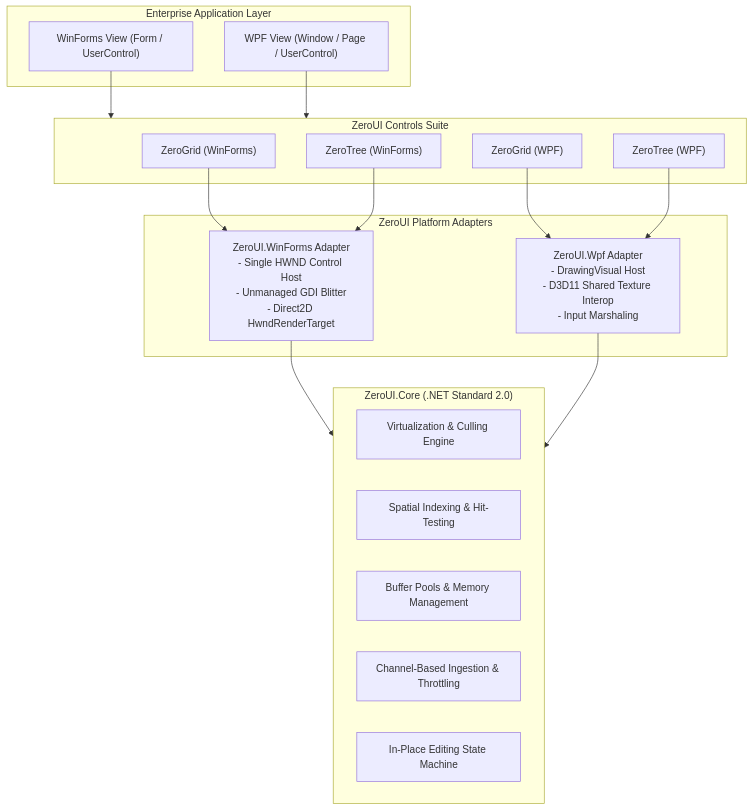
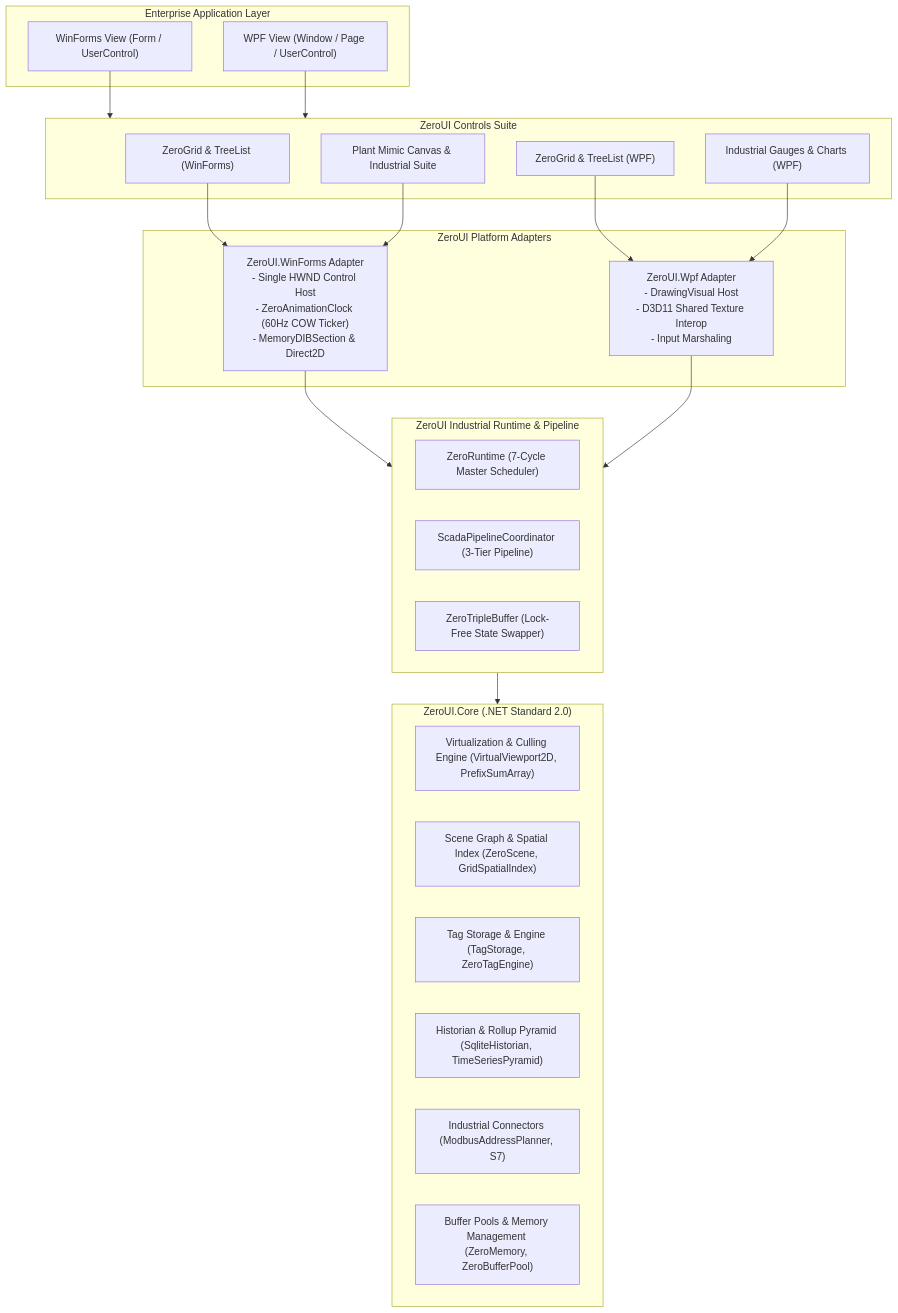
One commit to kzxl/ZeroUI changed the first of 2 diagrams in docs/architecture/system-architecture.md. Above: the diagram before and after it, drawn with Mermaid. The commit also changed other lines of this file and 5 other files, not shown here.

Commit message:
docs: align architecture, threading model, and standards with Directives 1-27

````diff
--- a/docs/architecture/system-architecture.md
+++ b/docs/architecture/system-architecture.md
@@ -7,36 +7,44 @@
 ```mermaid
 graph TD
     subgraph ClientApp["Enterprise Application Layer"]
         AppWinForms["WinForms View (Form / UserControl)"]
         AppWPF["WPF View (Window / Page / UserControl)"]
     end
 
     subgraph ControlsLayer["ZeroUI Controls Suite"]
-        ZG_WF["ZeroGrid (WinForms)"]
-        ZT_WF["ZeroTree (WinForms)"]
-        ZG_WPF["ZeroGrid (WPF)"]
-        ZT_WPF["ZeroTree (WPF)"]
+        ZG_WF["ZeroGrid & TreeList (WinForms)"]
+        SCADA_WF["Plant Mimic Canvas & Industrial Suite"]
+        ZG_WPF["ZeroGrid & TreeList (WPF)"]
+        SCADA_WPF["Industrial Gauges & Charts (WPF)"]
     end
 
     subgraph AdapterLayer["ZeroUI Platform Adapters"]
-        WF_Adapter["ZeroUI.WinForms Adapter<br/>- Single HWND Control Host<br/>- Unmanaged GDI Blitter<br/>- Direct2D HwndRenderTarget"]
+        WF_Adapter["ZeroUI.WinForms Adapter<br/>- Single HWND Control Host<br/>- ZeroAnimationClock (60Hz COW Ticker)<br/>- MemoryDIBSection & Direct2D"]
         WPF_Adapter["ZeroUI.Wpf Adapter<br/>- DrawingVisual Host<br/>- D3D11 Shared Texture Interop<br/>- Input Marshaling"]
     end
 
+    subgraph RuntimeLayer["ZeroUI Industrial Runtime & Pipeline"]
+        Runtime["ZeroRuntime (7-Cycle Master Scheduler)"]
+        Pipeline["ScadaPipelineCoordinator (3-Tier Pipeline)"]
+        TripleBuf["ZeroTripleBuffer<T> (Lock-Free State Swapper)"]
+    end
+
     subgraph CoreLayer["ZeroUI.Core (.NET Standard 2.0)"]
-        VEngine["Virtualization & Culling Engine"]
-        Spatial["Spatial Indexing & Hit-Testing"]
-        MemPool["Buffer Pools & Memory Management"]
-        DataPipeline["Channel-Based Ingestion & Throttling"]
-        EditState["In-Place Editing State Machine"]
+        VEngine["Virtualization & Culling Engine (VirtualViewport2D, PrefixSumArray)"]
+        SceneGraph["Scene Graph & Spatial Index (ZeroScene, GridSpatialIndex)"]
+        DataEngine["Tag Storage & Engine (TagStorage, ZeroTagEngine)"]
+        HistorianEngine["Historian & Rollup Pyramid (SqliteHistorian, TimeSeriesPyramid)"]
+        Comms["Industrial Connectors (ModbusAddressPlanner, S7)"]
+        MemPool["Buffer Pools & Memory Management (ZeroMemory, ZeroBufferPool)"]
     end
 
     AppWinForms --> ControlsLayer
     AppWPF --> ControlsLayer
     ZG_WF --> WF_Adapter
-    ZT_WF --> WF_Adapter
+    SCADA_WF --> WF_Adapter
     ZG_WPF --> WPF_Adapter
-    ZT_WPF --> WPF_Adapter
-    WF_Adapter --> CoreLayer
-    WPF_Adapter --> CoreLayer
+    SCADA_WPF --> WPF_Adapter
+    WF_Adapter --> RuntimeLayer
+    WPF_Adapter --> RuntimeLayer
+    RuntimeLayer --> CoreLayer
 ```
````
